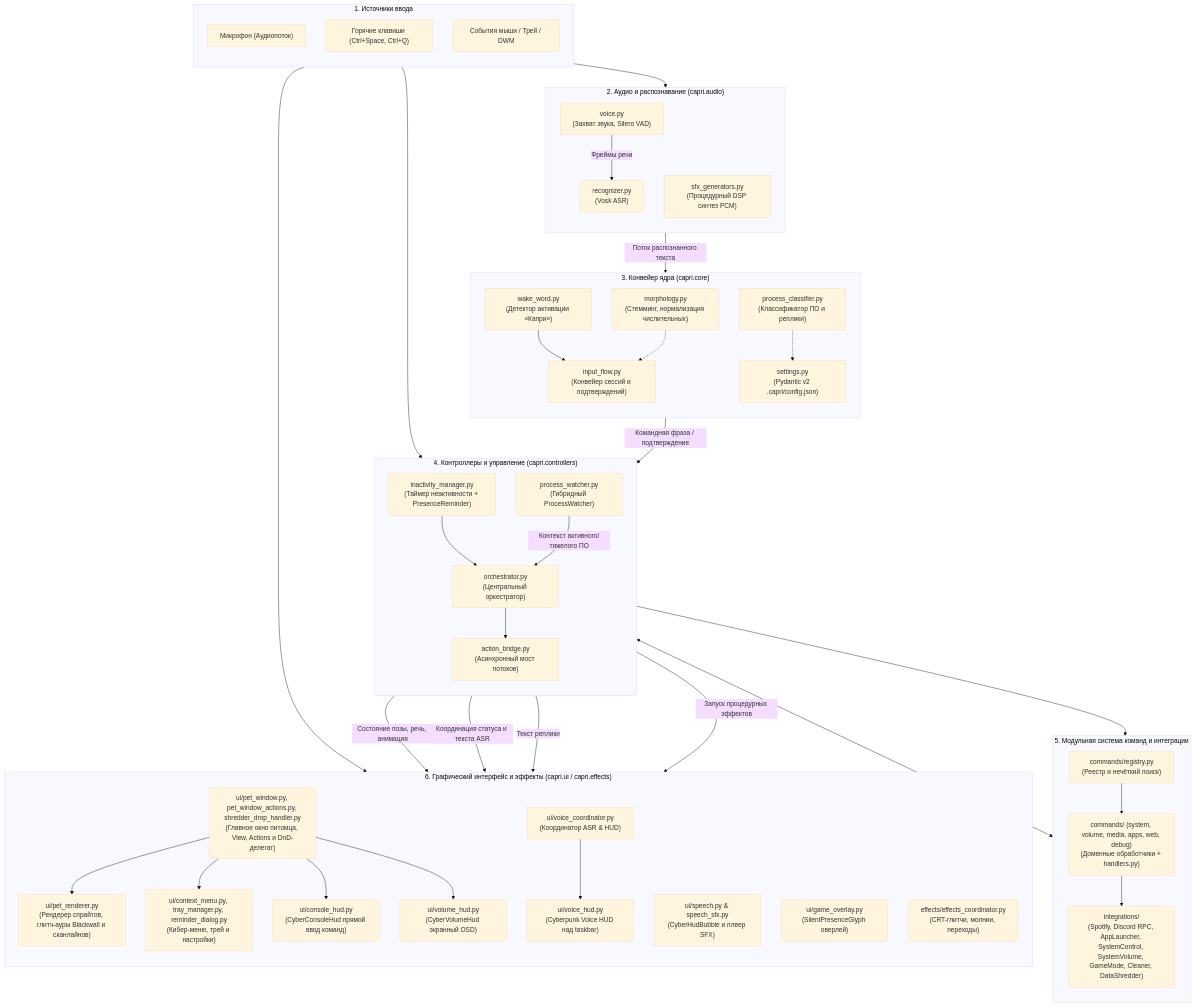
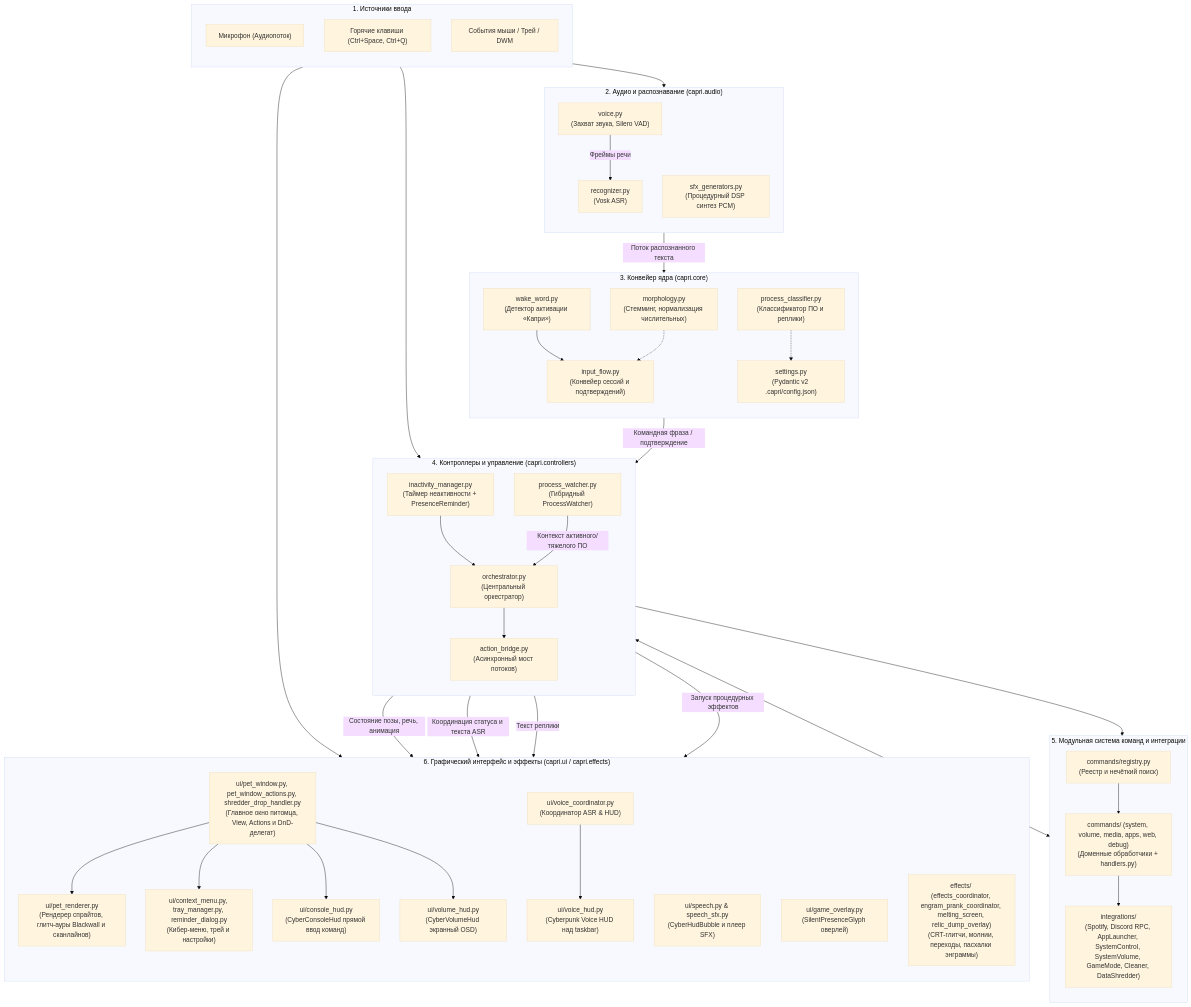
One commit to xTerionsilker/CapriPet-Python changed the first of 6 diagrams in docs/architecture.md. Above: the diagram before and after it, drawn with Mermaid (base theme). The commit also changed other lines of this file and 4 other files, not shown here.

```diff
--- a/docs/architecture.md
+++ b/docs/architecture.md
@@ -71,7 +71,7 @@
         VolumeHUD["ui/volume_hud.py<br/>(CyberVolumeHud экранный OSD)"]
         SpeechHUD["ui/speech.py & speech_sfx.py<br/>(CyberHudBubble и плеер SFX)"]
         GameOverlay["ui/game_overlay.py<br/>(SilentPresenceGlyph оверлей)"]
-        Effects["effects/effects_coordinator.py<br/>(CRT-глитчи, молнии, переходы)"]
+        Effects["effects/ (effects_coordinator, engram_prank_coordinator, melting_screen, relic_dump_overlay)<br/>(CRT-глитчи, молнии, переходы, пасхалки энграммы)"]
 
         PetWindow --> PetRenderer
         PetWindow --> ContextMenu
```
